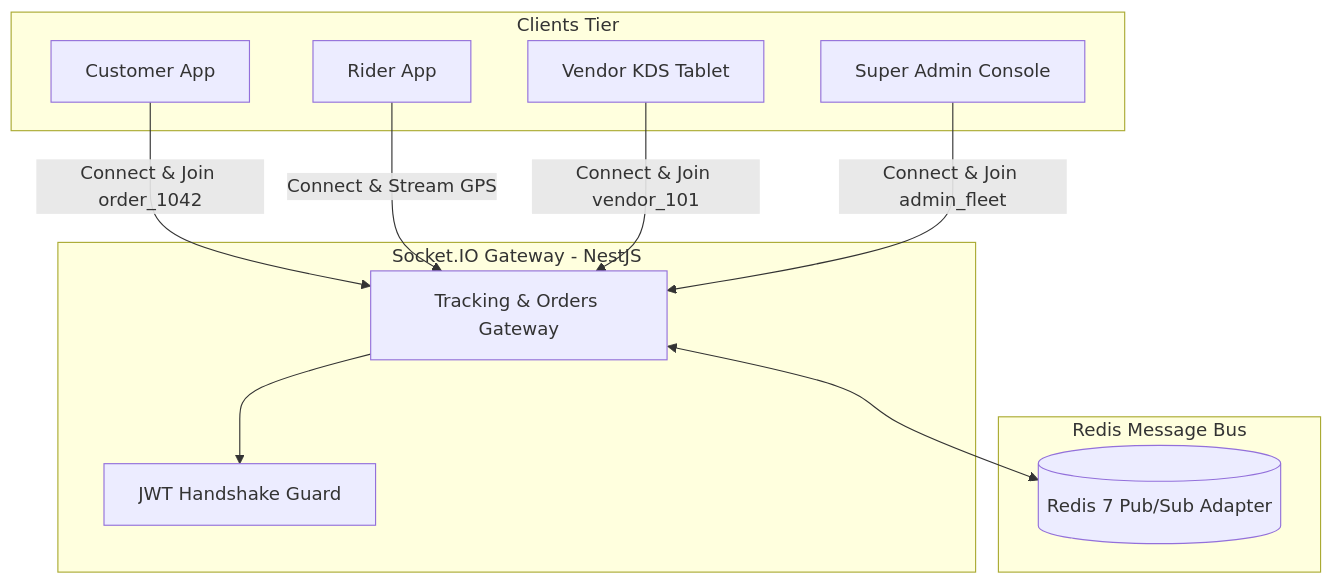
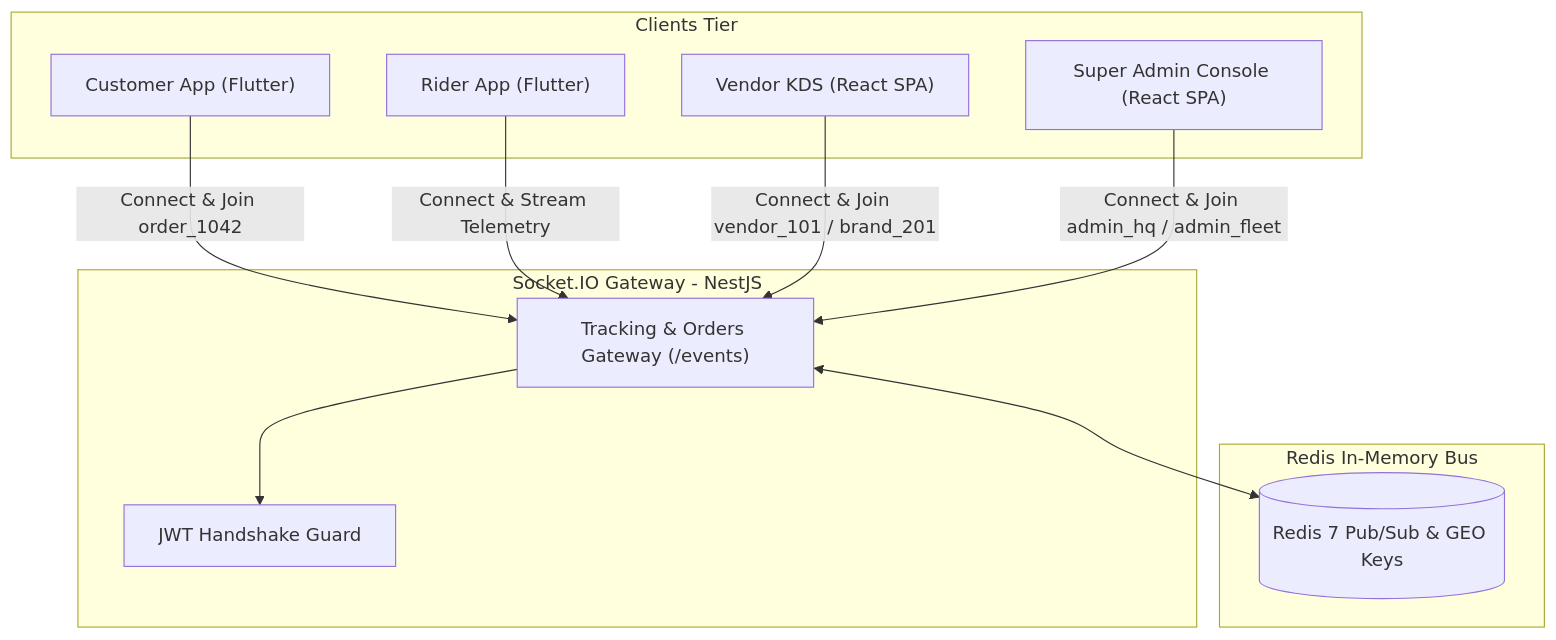
Before and after one commit to ihjohny/DeliveryOS: the diagram in context_docs/technical-implementation-documents/04-realtime-events-and-websocket-protocol.md, drawn with Mermaid. The commit also changed other lines of this file and 14 other files, not shown here.

````diff
--- a/context_docs/technical-implementation-documents/04-realtime-events-and-websocket-protocol.md
+++ b/context_docs/technical-implementation-documents/04-realtime-events-and-websocket-protocol.md
@@ -9,26 +9,26 @@
 ```mermaid
 graph TD
     subgraph Clients["Clients Tier"]
-        CA["Customer App"]
-        RA["Rider App"]
-        VK["Vendor KDS Tablet"]
-        AD["Super Admin Console"]
+        CA["Customer App (Flutter)"]
+        RA["Rider App (Flutter)"]
+        VK["Vendor KDS (React SPA)"]
+        AD["Super Admin Console (React SPA)"]
     end
 
     subgraph Gateway["Socket.IO Gateway - NestJS"]
-        GW["Tracking & Orders Gateway"]
+        GW["Tracking & Orders Gateway (/events)"]
         AUTH["JWT Handshake Guard"]
     end
 
-    subgraph RedisBus["Redis Message Bus"]
-        REDIS[("Redis 7 Pub/Sub Adapter")]
+    subgraph RedisBus["Redis In-Memory Bus"]
+        REDIS[("Redis 7 Pub/Sub & GEO Keys")]
     end
 
     CA -->|Connect & Join order_1042| GW
-    RA -->|Connect & Stream GPS| GW
-    VK -->|Connect & Join vendor_101| GW
-    AD -->|Connect & Join admin_fleet| GW
+    RA -->|Connect & Stream Telemetry| GW
+    VK -->|Connect & Join vendor_101 / brand_201| GW
+    AD -->|Connect & Join admin_hq / admin_fleet| GW
 
     GW --> AUTH
     GW <--> REDIS
 ```
````
